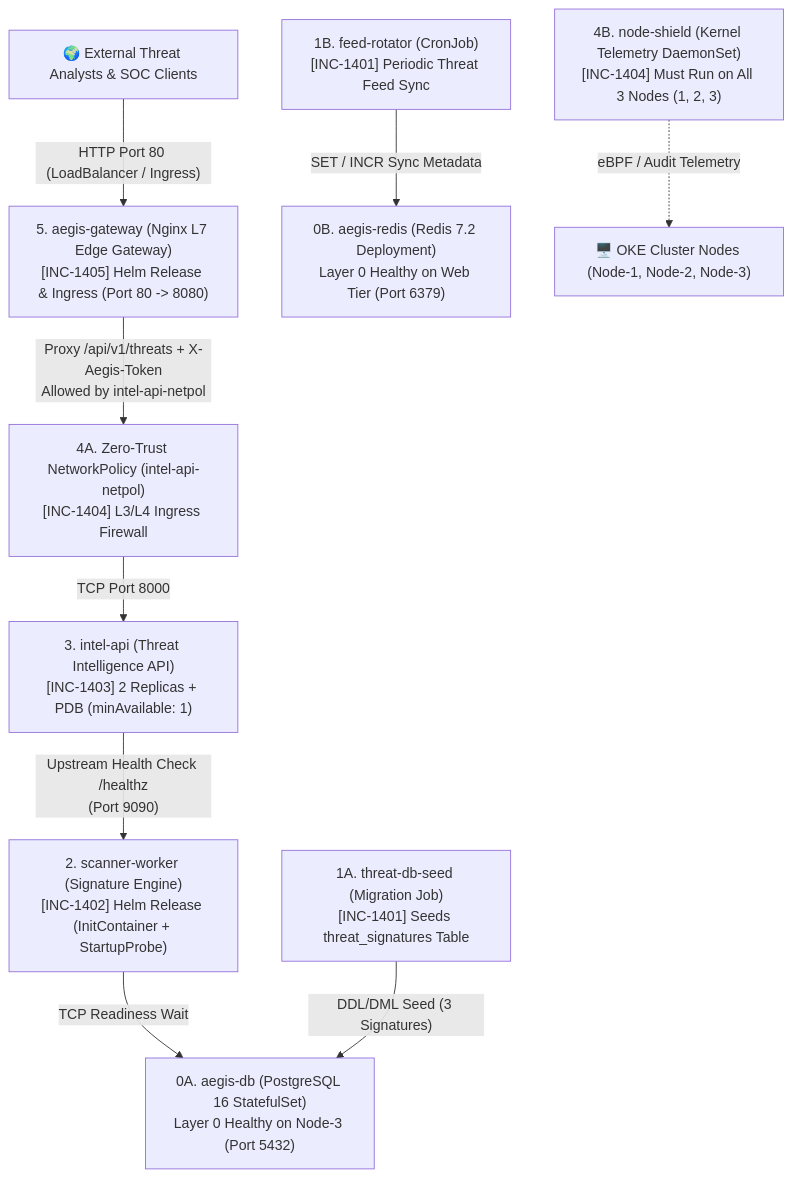
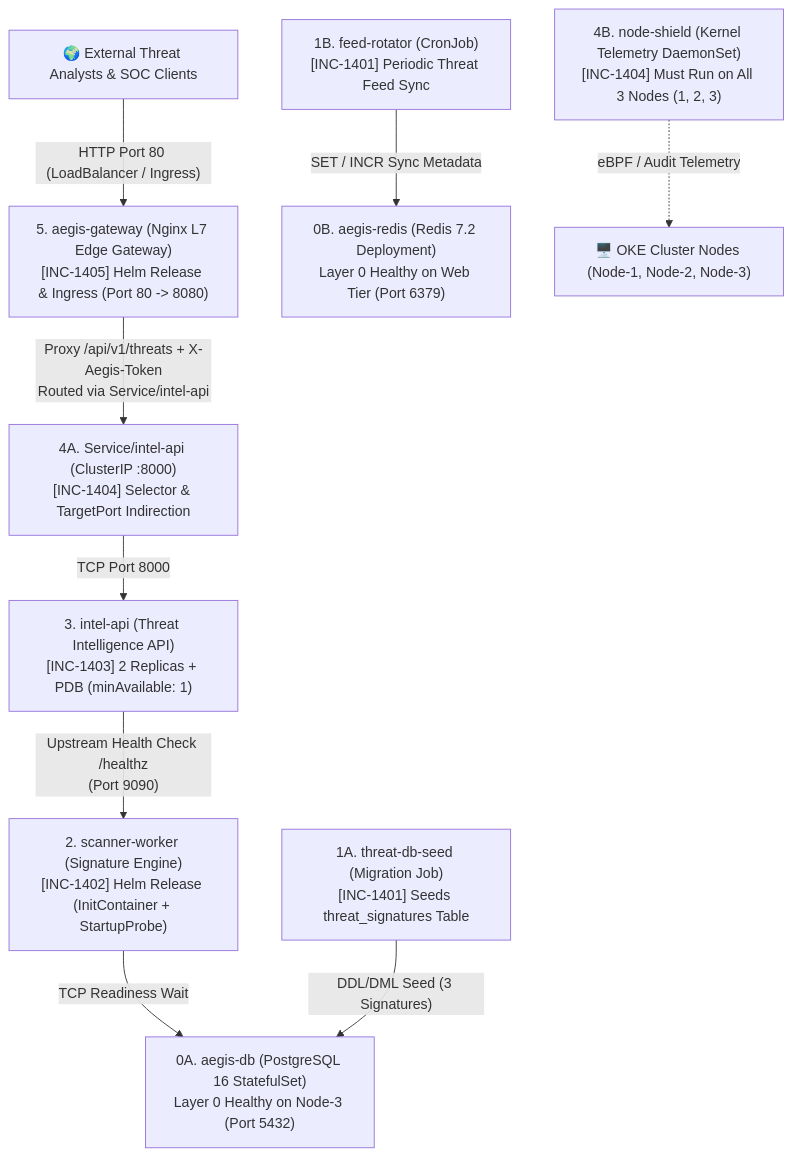
Before and after one commit to YusufKaya00/k8sfundamentals: the first of 2 diagrams in k8-troubleshoot-14/README.md, drawn with Mermaid. The commit also changed other lines of this file, not shown here.

````diff
--- a/k8-troubleshoot-14/README.md
+++ b/k8-troubleshoot-14/README.md
@@ -72,11 +72,11 @@
 ```mermaid
 flowchart TD
     Client["🌍 External Threat Analysts & SOC Clients"] -->|"HTTP Port 80 (LoadBalancer / Ingress)"| Gateway["5. aegis-gateway (Nginx L7 Edge Gateway)\n[INC-1405] Helm Release & Ingress (Port 80 -> 8080)"]
-    Gateway -->|"Proxy /api/v1/threats + X-Aegis-Token\nAllowed by intel-api-netpol"| NetPol["4A. Zero-Trust NetworkPolicy (intel-api-netpol)\n[INC-1404] L3/L4 Ingress Firewall"]
-    NetPol -->|"TCP Port 8000"| IntelAPI["3. intel-api (Threat Intelligence API)\n[INC-1403] 2 Replicas + PDB (minAvailable: 1)"]
+    Gateway -->|"Proxy /api/v1/threats + X-Aegis-Token\nRouted via Service/intel-api"| SvcIntel["4A. Service/intel-api (ClusterIP :8000)\n[INC-1404] Selector & TargetPort Indirection"]
+    SvcIntel -->|"TCP Port 8000"| IntelAPI["3. intel-api (Threat Intelligence API)\n[INC-1403] 2 Replicas + PDB (minAvailable: 1)"]
     IntelAPI -->|"Upstream Health Check /healthz\n(Port 9090)"| Scanner["2. scanner-worker (Signature Engine)\n[INC-1402] Helm Release (InitContainer + StartupProbe)"]
     Scanner -->|"TCP Readiness Wait"| DB["0A. aegis-db (PostgreSQL 16 StatefulSet)\nLayer 0 Healthy on Node-3 (Port 5432)"]
     SeedJob["1A. threat-db-seed (Migration Job)\n[INC-1401] Seeds threat_signatures Table"] -->|"DDL/DML Seed (3 Signatures)"| DB
     CronJob["1B. feed-rotator (CronJob)\n[INC-1401] Periodic Threat Feed Sync"] -->|"SET / INCR Sync Metadata"| Redis["0B. aegis-redis (Redis 7.2 Deployment)\nLayer 0 Healthy on Web Tier (Port 6379)"]
     Daemon["4B. node-shield (Kernel Telemetry DaemonSet)\n[INC-1404] Must Run on All 3 Nodes (1, 2, 3)"] -.->|"eBPF / Audit Telemetry"| Nodes["🖥️ OKE Cluster Nodes (Node-1, Node-2, Node-3)"]
 ```
````
